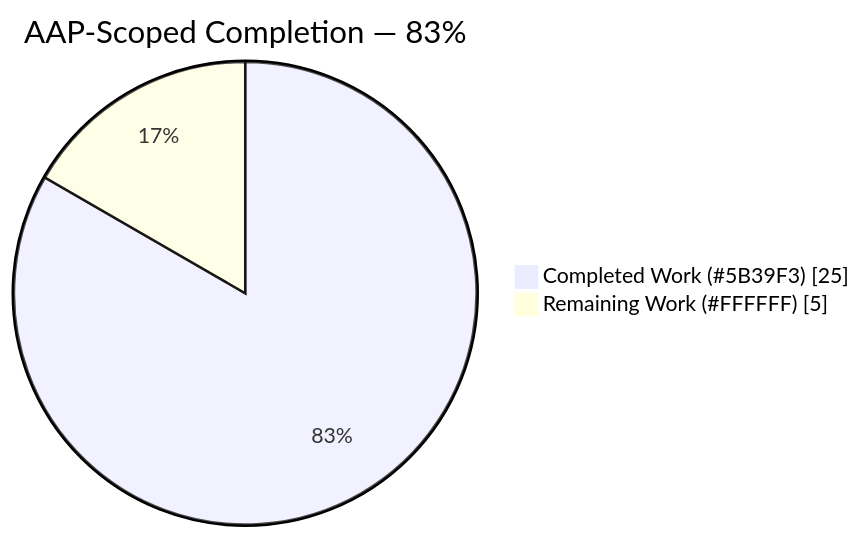
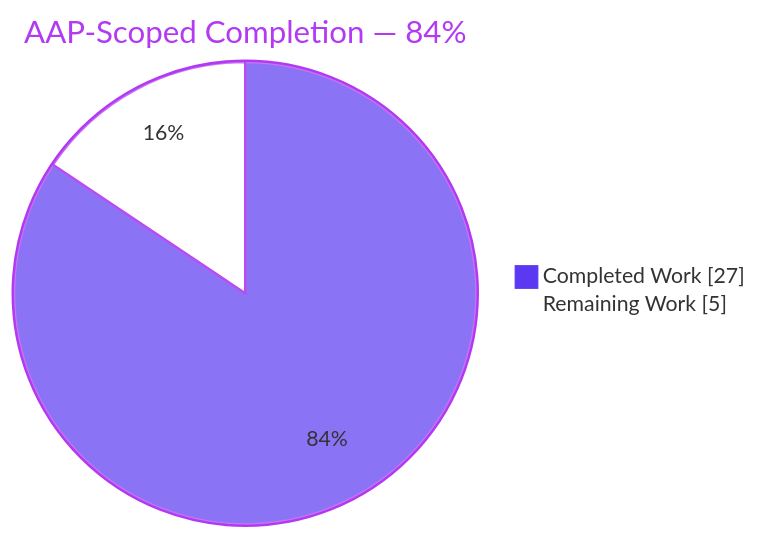
The first of 3 diagrams in blitzy/documentation/Project Guide.md (ajitblitzy/Ajit_GH_Repo-12-Mar-26), drawn with Mermaid before and after one commit. The commit also changed other lines of this file, not shown here.

Commit message:
Adding Blitzy Project Guide: Project Status and Human Tasks Remaining

````diff
--- a/blitzy/documentation/Project Guide.md
+++ b/blitzy/documentation/Project Guide.md
@@ -9,5 +9,6 @@
 ```mermaid
-pie showData title AAP-Scoped Completion — 83%
-    "Completed Work (#5B39F3)" : 25
-    "Remaining Work (#FFFFFF)" : 5
+%%{init: {"theme": "base", "themeVariables": {"pie1": "#5B39F3", "pie2": "#FFFFFF", "pieStrokeColor": "#B23AF2", "pieOuterStrokeColor": "#B23AF2", "pieTitleTextColor": "#B23AF2"}}}%%
+pie showData title AAP-Scoped Completion — 84%
+    "Completed Work" : 27
+    "Remaining Work" : 5
 ```
````
